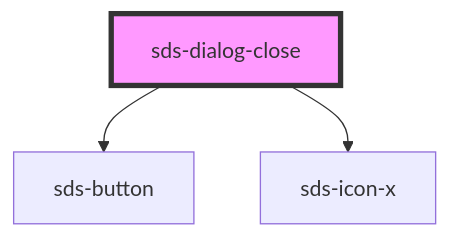
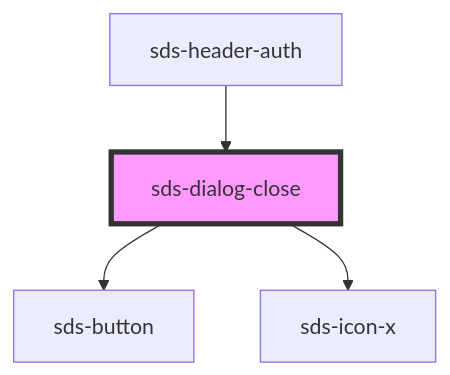
One commit to chodgesfigma/sds-mono changed the diagram in packages/sds-web-components/src/ui/primitives/dialog/sds-dialog-close/readme.md. Above: the diagram before and after it, drawn with Mermaid. The commit also changed other lines of this file and 15 other files, not shown here.

Commit message:
feat: header/auth and other component adjustments

````diff
--- a/packages/sds-web-components/src/ui/primitives/dialog/sds-dialog-close/readme.md
+++ b/packages/sds-web-components/src/ui/primitives/dialog/sds-dialog-close/readme.md
@@ -23,6 +27,7 @@
 ```mermaid
 graph TD;
   sds-dialog-close --> sds-button
   sds-dialog-close --> sds-icon-x
+  sds-header-auth --> sds-dialog-close
   style sds-dialog-close fill:#f9f,stroke:#333,stroke-width:4px
 ```
````
